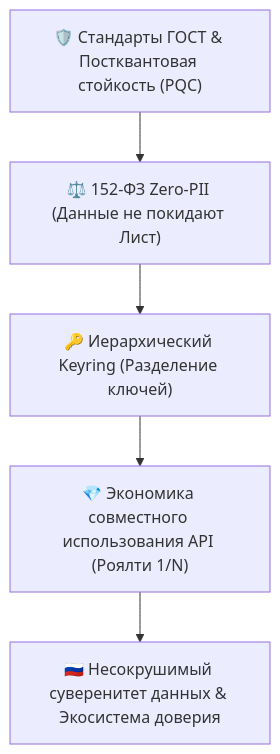
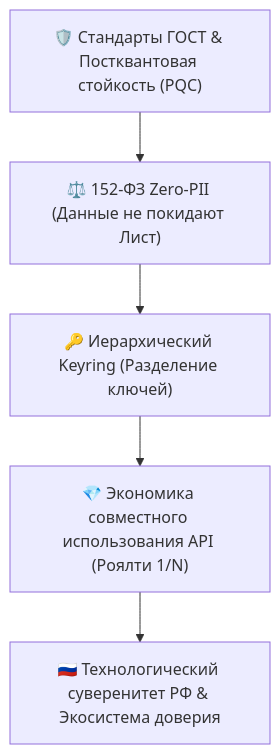
Before and after one commit to Data-Independence-Network/presentations: the first of 10 diagrams in architecture_presentations/07_cryptography_and_api_economy/docs/presentation_deck.md, drawn with Mermaid. The commit also changed other lines of this file and 81 other files, not shown here.

```diff
--- a/architecture_presentations/07_cryptography_and_api_economy/docs/presentation_deck.md
+++ b/architecture_presentations/07_cryptography_and_api_economy/docs/presentation_deck.md
@@ -25,12 +25,12 @@
         <div class="mermaid">
 graph TD
     GOST["🛡️ Стандарты ГОСТ & Постквантовая стойкость (PQC)"]
     ZeroPII["⚖️ 152-ФЗ Zero-PII (Данные не покидают Лист)"]
     Keyring["🔑 Иерархический Keyring (Разделение ключей)"]
     Economy["💎 Экономика совместного использования API (Роялти 1/N)"]
 
     GOST --> ZeroPII
     ZeroPII --> Keyring
     Keyring --> Economy
-    Economy --> Sovereign["🇷🇺 Несокрушимый суверенитет данных & Экосистема доверия"]
+    Economy --> Sovereign["🇷🇺 Технологический суверенитет РФ & Экосистема доверия"]
         </div>
```
